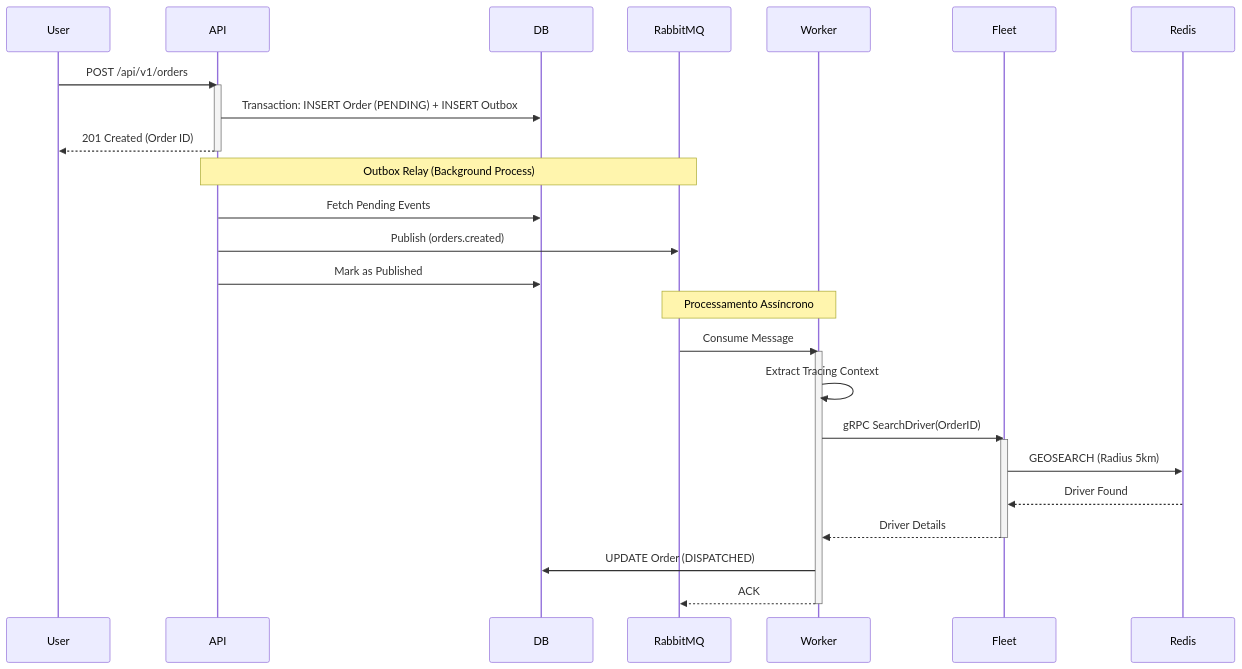
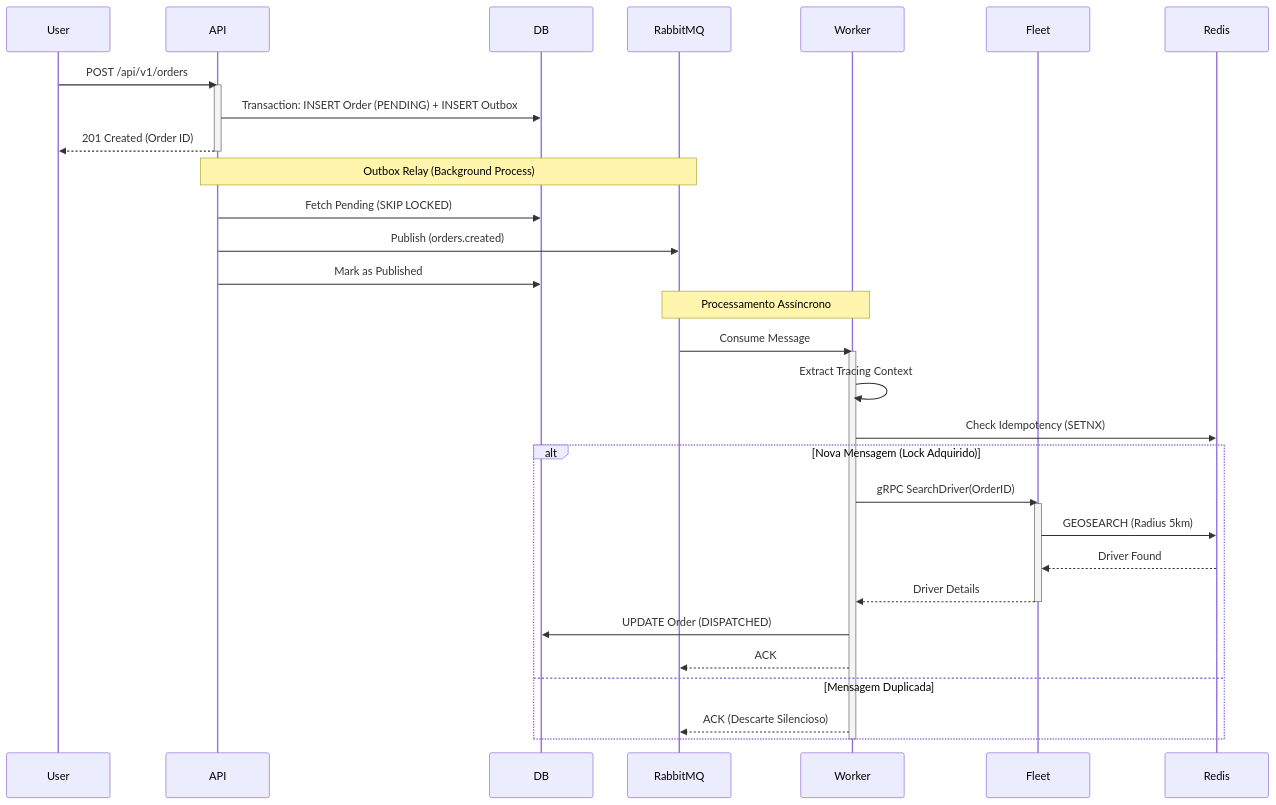
One commit to DioGolang/GoFleet changed the second of 5 diagrams in README.md. Above: the diagram before and after it, drawn with Mermaid. The commit also changed other lines of this file, not shown here.

````diff
--- a/README.md
+++ b/README.md
@@ -61,39 +62,44 @@
 ```mermaid
 sequenceDiagram
     participant User
     participant API
     participant DB
     participant RabbitMQ
     participant Worker
     participant Fleet
     participant Redis
 
     User->>API: POST /api/v1/orders
     activate API
     API->>DB: Transaction: INSERT Order (PENDING) + INSERT Outbox
     API-->>User: 201 Created (Order ID)
     deactivate API
 
     Note over API,RabbitMQ: Outbox Relay (Background Process)
-    API->>DB: Fetch Pending Events
+    API->>DB: Fetch Pending (SKIP LOCKED)
     API->>RabbitMQ: Publish (orders.created)
     API->>DB: Mark as Published
 
     Note over RabbitMQ,Worker: Processamento Assíncrono
 
     RabbitMQ->>Worker: Consume Message
     activate Worker
     Worker->>Worker: Extract Tracing Context
-    
-    Worker->>Fleet: gRPC SearchDriver(OrderID)
-    activate Fleet
-    Fleet->>Redis: GEOSEARCH (Radius 5km)
-    Redis-->>Fleet: Driver Found
-    Fleet-->>Worker: Driver Details
-    deactivate Fleet
+    Worker->>Redis: Check Idempotency (SETNX)
 
-    Worker->>DB: UPDATE Order (DISPATCHED)
-    Worker-->>RabbitMQ: ACK
+    alt Nova Mensagem (Lock Adquirido)
+        Worker->>Fleet: gRPC SearchDriver(OrderID)
+        activate Fleet
+        Fleet->>Redis: GEOSEARCH (Radius 5km)
+        Redis-->>Fleet: Driver Found
+        Fleet-->>Worker: Driver Details
+        deactivate Fleet
+
+        Worker->>DB: UPDATE Order (DISPATCHED)
+        Worker-->>RabbitMQ: ACK
+    else Mensagem Duplicada
+        Worker-->>RabbitMQ: ACK (Descarte Silencioso)
+    end
     deactivate Worker
 
 ```
````
